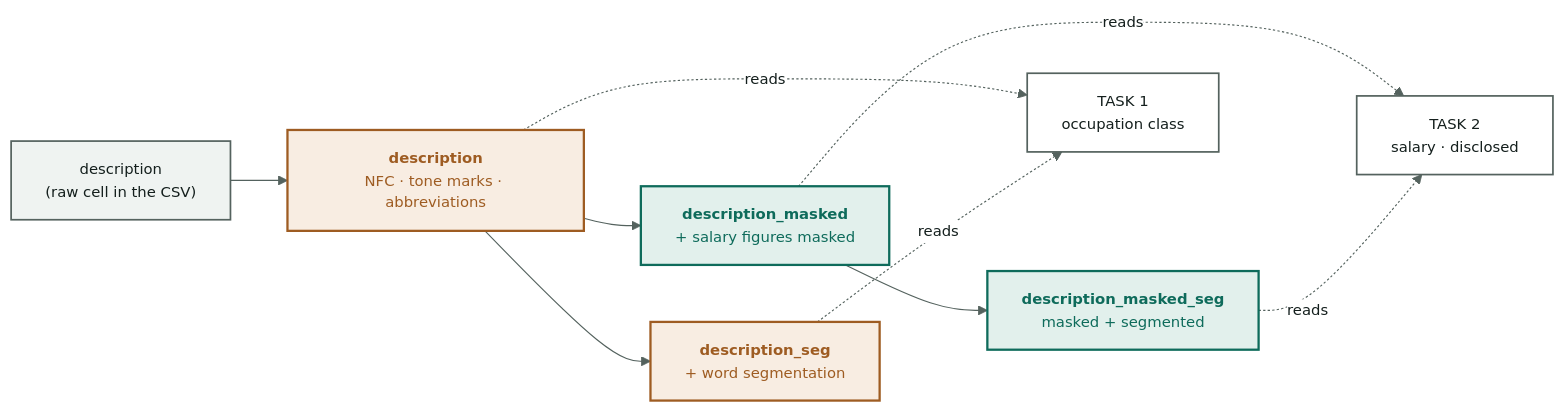
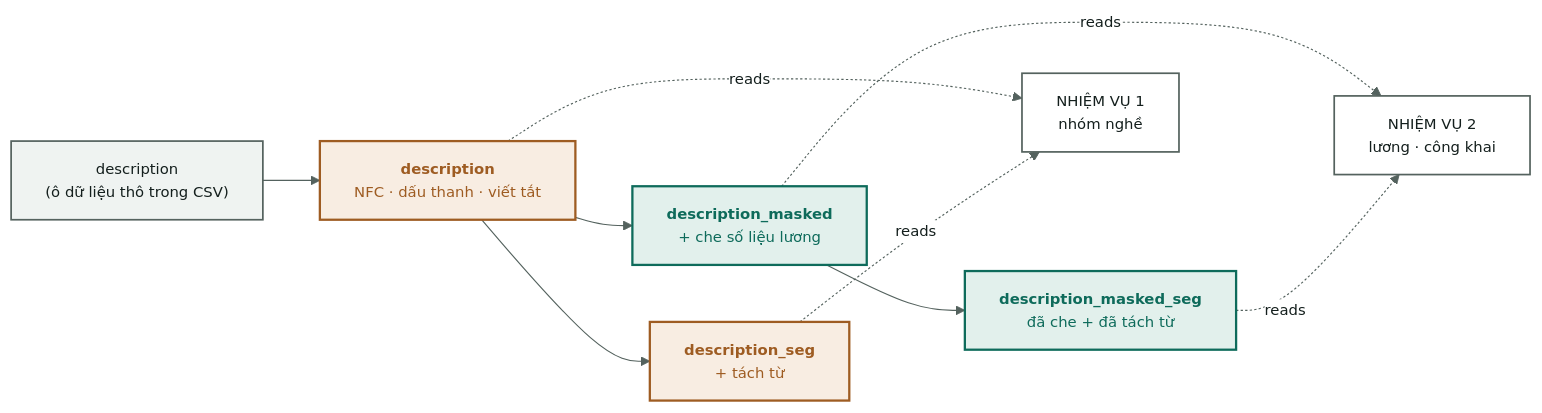
Before and after one commit to boy2407/vietjobs: the diagram in docs/01-data-audit.md, drawn with Mermaid. The commit also changed other lines of this file and 50 other files, not shown here.

````diff
--- a/docs/01-data-audit.md
+++ b/docs/01-data-audit.md
@@ -81,32 +81,32 @@
 ```mermaid
 %%{init:{'theme':'base','themeVariables':{
   'primaryColor':'#EFF3F1','primaryTextColor':'#141F1D','primaryBorderColor':'#54625E',
   'lineColor':'#54625E','fontSize':'13px','fontFamily':'Be Vietnam Pro, Segoe UI, sans-serif',
   'clusterBkg':'#FFFFFF','clusterBorder':'#C3CFCB','edgeLabelBackground':'#FFFFFF',
   'secondaryColor':'#FFFFFF','tertiaryColor':'#FFFFFF','mainBkg':'#FFFFFF',
   'nodeTextColor':'#141F1D','titleColor':'#141F1D'}}}%%
 flowchart LR
     classDef default fill:#FFFFFF,stroke:#54625E,stroke-width:1.5px,color:#141F1D
-    RAW["description<br/>(raw cell in the CSV)"]
-    A["<b>description</b><br/>NFC · tone marks · abbreviations"]
-    B["<b>description_seg</b><br/>+ word segmentation"]
-    C["<b>description_masked</b><br/>+ salary figures masked"]
-    D["<b>description_masked_seg</b><br/>masked + segmented"]
+    RAW["description<br/>(ô dữ liệu thô trong CSV)"]
+    A["<b>description</b><br/>NFC · dấu thanh · viết tắt"]
+    B["<b>description_seg</b><br/>+ tách từ"]
+    C["<b>description_masked</b><br/>+ che số liệu lương"]
+    D["<b>description_masked_seg</b><br/>đã che + đã tách từ"]
 
-    T1["TASK 1<br/>occupation class"]
-    T2["TASK 2<br/>salary · disclosed"]
+    T1["NHIỆM VỤ 1<br/>nhóm nghề"]
+    T2["NHIỆM VỤ 2<br/>lương · công khai"]
 
     RAW --> A --> B
     A --> C --> D
     A -.->|reads| T1
     B -.->|reads| T1
     C -.->|reads| T2
     D -.->|reads| T2
 
     classDef safe fill:#E2F0EC,stroke:#0E6B5B,stroke-width:2px,color:#0E6B5B
     classDef danger fill:#F8EDE2,stroke:#9E5C22,stroke-width:2px,color:#9E5C22
     classDef data fill:#EFF3F1,stroke:#54625E,stroke-width:1.5px,color:#141F1D
     class RAW data
     class A,B danger
     class C,D safe
 ```
````
